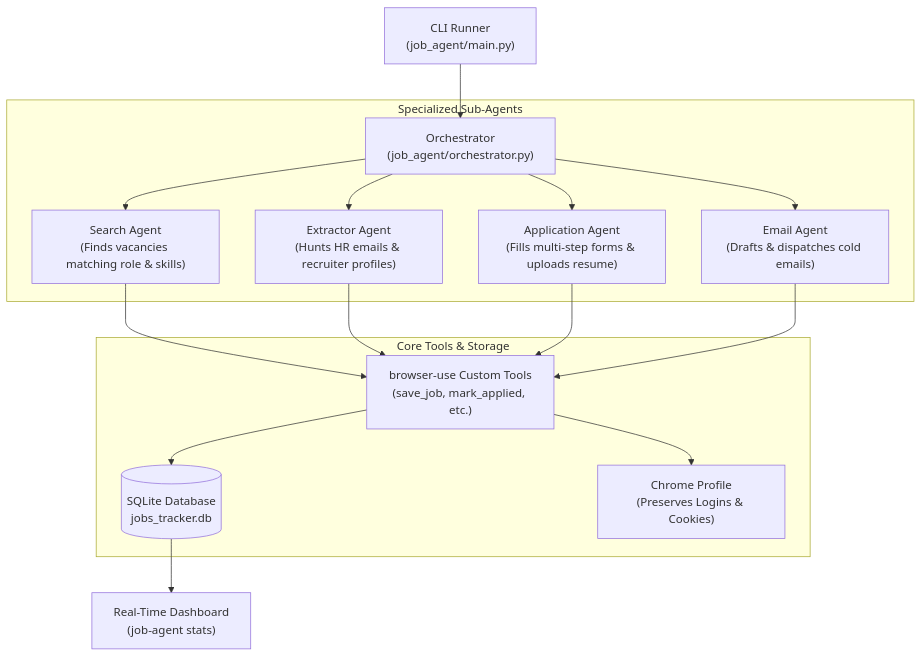
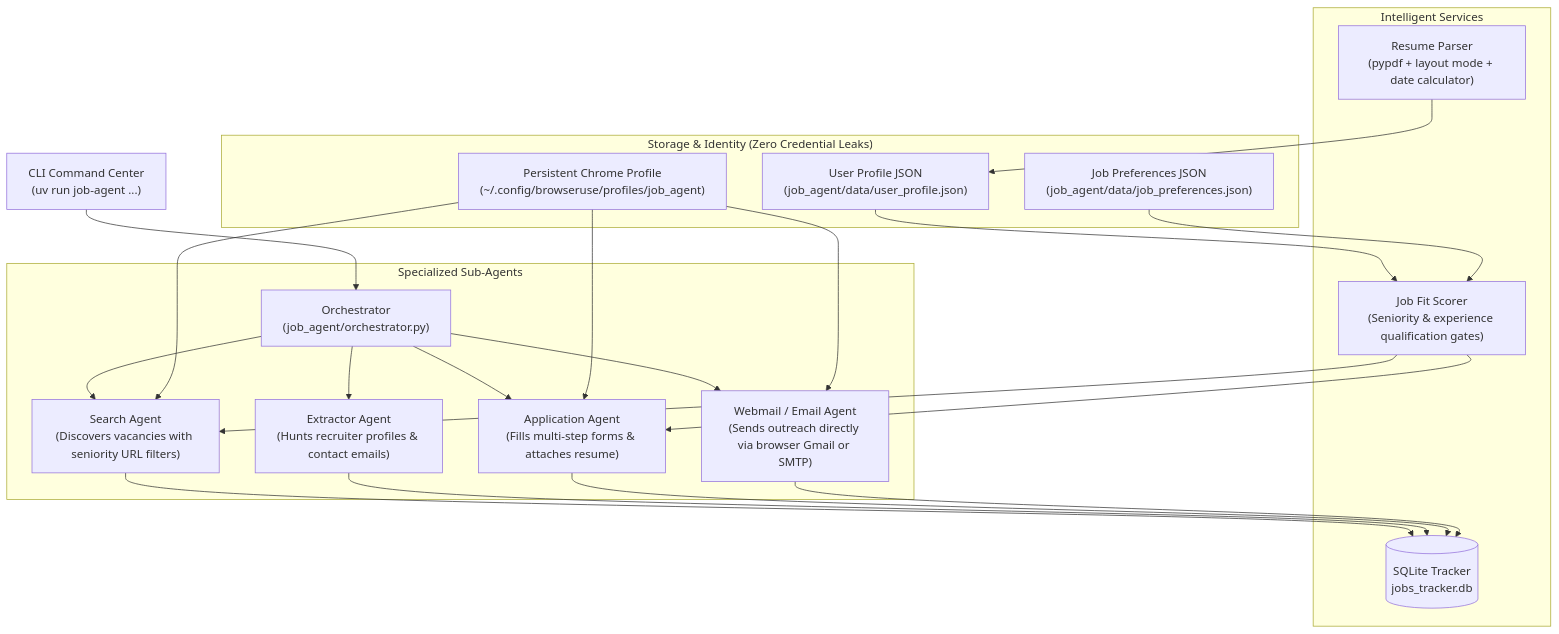
The diagram in job_agent/README.md (Abhishekkkk-15/browser-use), drawn with Mermaid before and after one commit. The commit also changed other lines of this file and 1 other file, not shown here.

Commit message:
docs(job-agent): comprehensive architecture, setup wizard, and CLI documentation

````diff
--- a/job_agent/README.md
+++ b/job_agent/README.md
@@ -11,19 +11,29 @@
 ```mermaid
 flowchart TD
-    CLI["CLI Runner\n(job_agent/main.py)"] --> ORCH["Orchestrator\n(job_agent/orchestrator.py)"]
+    CLI["CLI Command Center\n(uv run job-agent ...)"] --> ORCH["Orchestrator\n(job_agent/orchestrator.py)"]
     
-    subgraph "Specialized Sub-Agents"
-        ORCH --> SA["Search Agent\n(Finds vacancies matching role & skills)"]
-        ORCH --> EA["Extractor Agent\n(Hunts HR emails & recruiter profiles)"]
-        ORCH --> AA["Application Agent\n(Fills multi-step forms & uploads resume)"]
-        ORCH --> MA["Email Agent\n(Drafts & dispatches cold emails)"]
+    subgraph "Intelligent Services"
+        RP["Resume Parser\n(pypdf + layout mode + date calculator)"]
+        FS["Job Fit Scorer\n(Seniority & experience qualification gates)"]
+        JT[("SQLite Tracker\njobs_tracker.db")]
     end
 
-    subgraph "Core Tools & Storage"
-        SA & EA & AA & MA --> TOOLS["browser-use Custom Tools\n(save_job, mark_applied, etc.)"]
-        TOOLS --> DB[("SQLite Database\njobs_tracker.db")]
-        TOOLS --> CD["Chrome Profile\n(Preserves Logins & Cookies)"]
+    subgraph "Specialized Sub-Agents"
+        ORCH --> SA["Search Agent\n(Discovers vacancies with seniority URL filters)"]
+        ORCH --> EA["Extractor Agent\n(Hunts recruiter profiles & contact emails)"]
+        ORCH --> AA["Application Agent\n(Fills multi-step forms & attaches resume)"]
+        ORCH --> OA["Webmail / Email Agent\n(Sends outreach directly via browser Gmail or SMTP)"]
     end
 
-    DB --> STATS["Real-Time Dashboard\n(job-agent stats)"]
+    subgraph "Storage & Identity (Zero Credential Leaks)"
+        CP["User Profile JSON\n(job_agent/data/user_profile.json)"]
+        JP["Job Preferences JSON\n(job_agent/data/job_preferences.json)"]
+        CD["Persistent Chrome Profile\n(~/.config/browseruse/profiles/job_agent)"]
+    end
+
+    RP --> CP
+    CP & JP --> FS
+    FS --> SA & AA
+    CD --> SA & AA & OA
+    SA & EA & AA & OA --> JT
 ```
````
